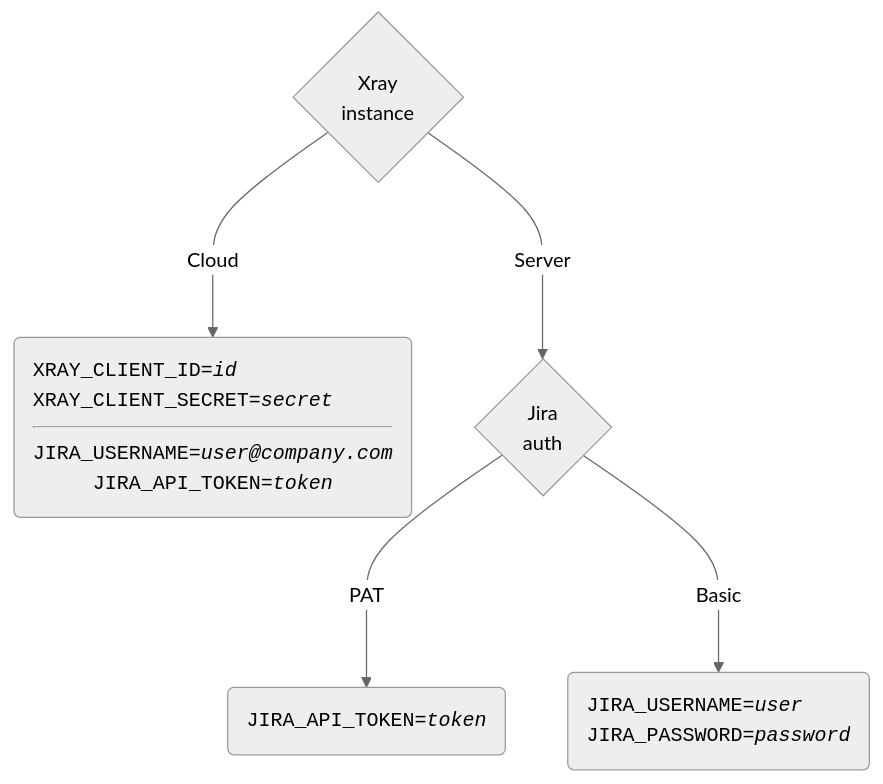
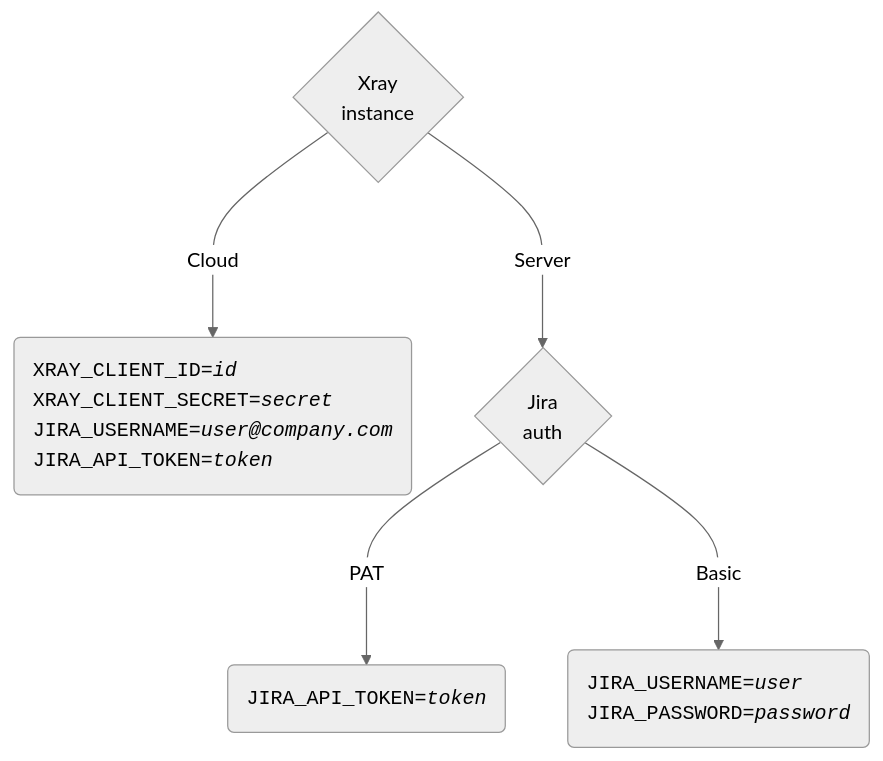
The diagram in projects/cypress-xray-plugin/docs/section/configuration/authentication.md (Qytera-Gmbh/Qytera-Gmbh.github.io), drawn with Mermaid (neutral theme) before and after one commit.

Commit message:
Prevent mermaid from parsing mail address

````diff
--- a/projects/cypress-xray-plugin/docs/section/configuration/authentication.md
+++ b/projects/cypress-xray-plugin/docs/section/configuration/authentication.md
@@ -15,14 +15,20 @@
     ```mermaid
     graph TD
         A{Xray<br/>instance};
-        B("XRAY_CLIENT_ID=<i>id</i><br>XRAY_CLIENT_SECRET=<i>secret</i><br><hr>JIRA_USERNAME=<i>user@company.com</i><br>JIRA_API_TOKEN=<i>token</i>");
+        B("`
+          XRAY_CLIENT_ID=<i>id</i>
+          XRAY_CLIENT_SECRET=<i>secret</i>
+          %% Prevent mermaid from parsing the mail address as a buggy link with word join characters
+          JIRA_USERNAME=<i>user#8288;@#8288;company.com</i>
+          JIRA_API_TOKEN=<i>token</i>
+        `");
         C{Jira<br/>auth};
         A --->|Cloud| B;
         A --->|Server| C;
         C --->|PAT| D;
         C --->|Basic| E;
         D("JIRA_API_TOKEN=<i>token</i>");
         E("JIRA_USERNAME=<i>user</i><br>JIRA_PASSWORD=<i>password</i>");
         classDef code-node font-family:monospace,text-align:left;
         class B,D,E code-node;
     ```
````
